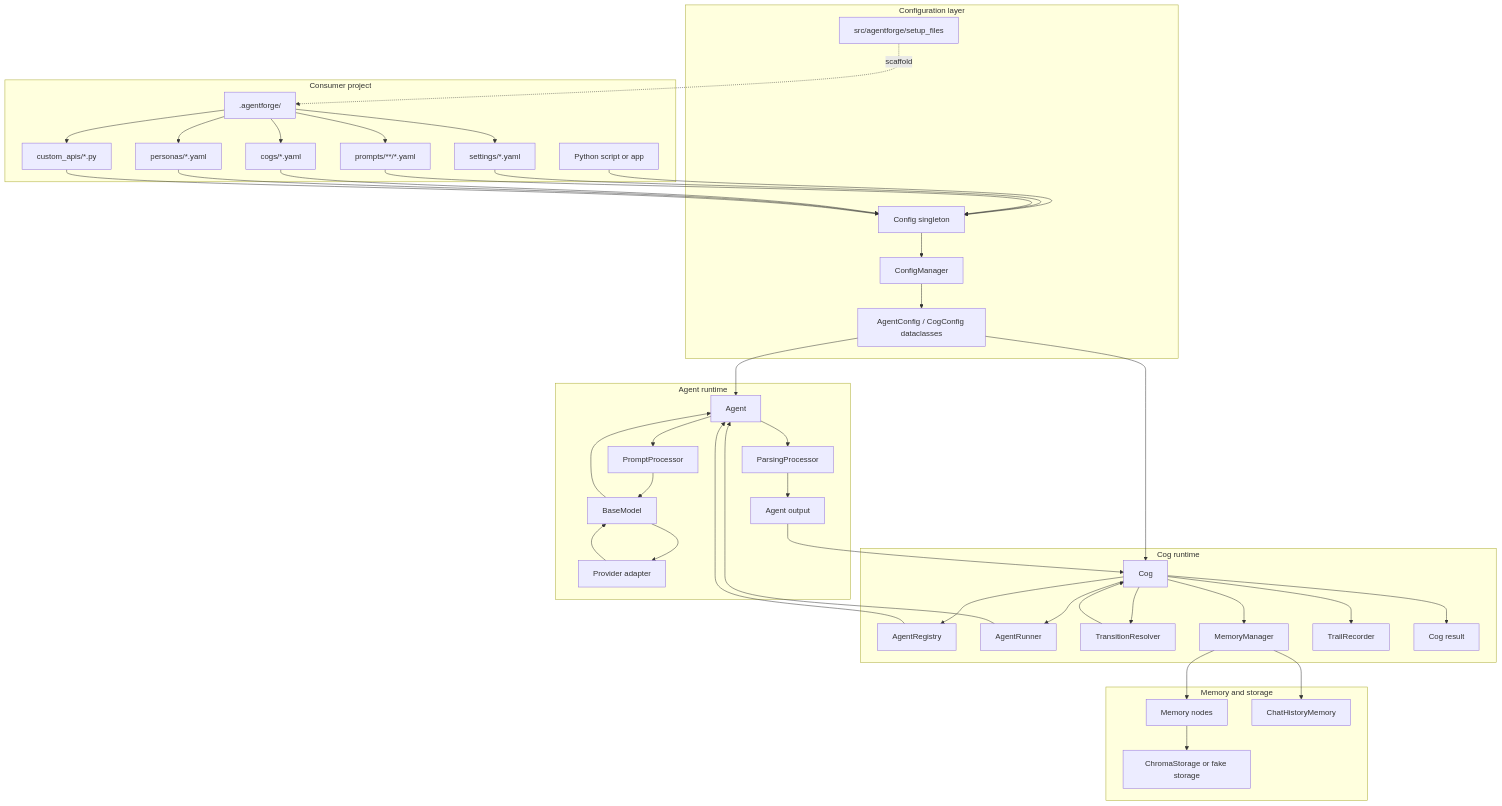
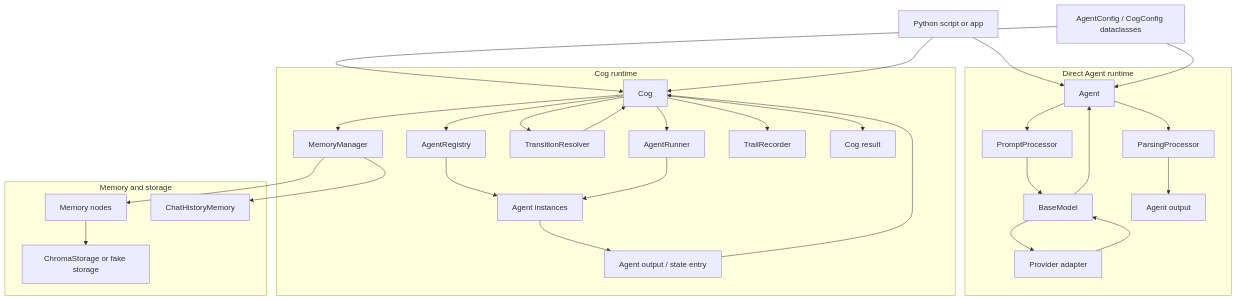
Before and after one commit to DataBassGit/AgentForge: the second of 2 diagrams in dev-docs/pipeline-config-graph.md, drawn with Mermaid. The commit also changed 7 other files, not shown here.

Commit message:
Pipeline, Config, And Architecture Review

````diff
--- a/dev-docs/pipeline-config-graph.md
+++ b/dev-docs/pipeline-config-graph.md
@@ -18,35 +60,23 @@
 ```mermaid
 flowchart TD
-  subgraph ConsumerProject["Consumer project"]
-    RuntimeCall["Python script or app"]
-    AgentForgeDir[".agentforge/"]
-    SettingsYaml["settings/*.yaml"]
-    PromptYaml["prompts/**/*.yaml"]
-    CogYaml["cogs/*.yaml"]
-    PersonaYaml["personas/*.yaml"]
-    CustomApis["custom_apis/*.py"]
-  end
+  RuntimeCall["Python script or app"]
+  Structs["AgentConfig / CogConfig dataclasses"]
 
-  subgraph ConfigLayer["Configuration layer"]
-    Config["Config singleton"]
-    ConfigManager["ConfigManager"]
-    Structs["AgentConfig / CogConfig dataclasses"]
-    SetupFiles["src/agentforge/setup_files"]
-  end
-
-  subgraph AgentRuntime["Agent runtime"]
-    Agent["Agent"]
+  subgraph DirectAgentRuntime["Direct Agent runtime"]
+    DirectAgent["Agent"]
     PromptProcessor["PromptProcessor"]
     BaseModel["BaseModel"]
     Provider["Provider adapter"]
     ParsingProcessor["ParsingProcessor"]
-    AgentOutput["Agent output"]
+    DirectAgentOutput["Agent output"]
   end
 
   subgraph CogRuntime["Cog runtime"]
     Cog["Cog"]
     AgentRegistry["AgentRegistry"]
     AgentRunner["AgentRunner"]
+    CogAgent["Agent instances"]
+    CogAgentOutput["Agent output / state entry"]
     TransitionResolver["TransitionResolver"]
     MemoryManager["MemoryManager"]
     TrailRecorder["TrailRecorder"]
@@ -59,43 +89,30 @@
     ChatHistory["ChatHistoryMemory"]
   end
 
-  RuntimeCall --> Config
-  AgentForgeDir --> SettingsYaml
-  AgentForgeDir --> PromptYaml
-  AgentForgeDir --> CogYaml
-  AgentForgeDir --> PersonaYaml
-  AgentForgeDir --> CustomApis
-  SetupFiles -. scaffold .-> AgentForgeDir
-
-  SettingsYaml --> Config
-  PromptYaml --> Config
-  CogYaml --> Config
-  PersonaYaml --> Config
-  CustomApis --> Config
-  Config --> ConfigManager
-  ConfigManager --> Structs
-
-  Structs --> Agent
-  Agent --> PromptProcessor
+  RuntimeCall --> DirectAgent
+  Structs --> DirectAgent
+  DirectAgent --> PromptProcessor
   PromptProcessor --> BaseModel
   BaseModel --> Provider
   Provider --> BaseModel
-  BaseModel --> Agent
-  Agent --> ParsingProcessor
-  ParsingProcessor --> AgentOutput
+  BaseModel --> DirectAgent
+  DirectAgent --> ParsingProcessor
+  ParsingProcessor --> DirectAgentOutput
 
   Structs --> Cog
+  RuntimeCall --> Cog
   Cog --> AgentRegistry
-  AgentRegistry --> Agent
+  AgentRegistry --> CogAgent
   Cog --> MemoryManager
   MemoryManager --> MemoryNodes
   MemoryNodes --> ChromaStorage
   MemoryManager --> ChatHistory
   Cog --> AgentRunner
-  AgentRunner --> Agent
+  AgentRunner --> CogAgent
+  CogAgent --> CogAgentOutput
+  CogAgentOutput --> Cog
   Cog --> TransitionResolver
   Cog --> TrailRecorder
-  AgentOutput --> Cog
   TransitionResolver --> Cog
   Cog --> CogResult
 ```
````
